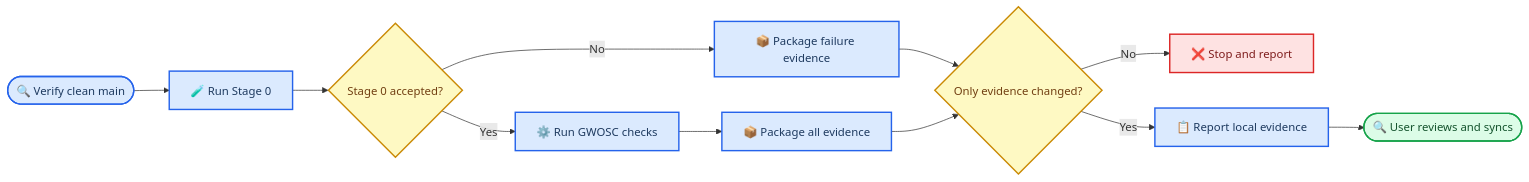
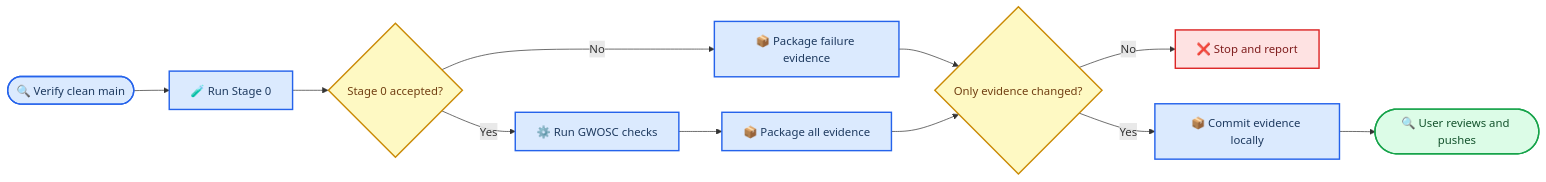
The diagram in docs/REMOTE_GWOSC_AGENT_RUNBOOK.md (dowlingwong/noise-weighted-subspace-reconstruction), drawn with Mermaid before and after one commit. The commit also changed other lines of this file and 182 other files, not shown here.

````diff
--- a/docs/REMOTE_GWOSC_AGENT_RUNBOOK.md
+++ b/docs/REMOTE_GWOSC_AGENT_RUNBOOK.md
@@ -13,26 +13,26 @@
 ```mermaid
 flowchart LR
     accTitle: Remote GWOSC Evidence Loop
     accDescr: Controlled flow from a clean main checkout through Stage 0, GWOSC execution, evidence packaging, and local verification
 
     clean_main([🔍 Verify clean main]) --> stage_zero[🧪 Run Stage 0]
     stage_zero --> stage_passed{Stage 0 accepted?}
     stage_passed -->|No| package_failure[📦 Package failure evidence]
     stage_passed -->|Yes| run_gwosc[⚙️ Run GWOSC checks]
     run_gwosc --> package_result[📦 Package all evidence]
     package_failure --> scope_check{Only evidence changed?}
     package_result --> scope_check
     scope_check -->|No| stop[❌ Stop and report]
-    scope_check -->|Yes| local_handoff[📋 Report local evidence]
-    local_handoff --> manual_review([🔍 User reviews and syncs])
+    scope_check -->|Yes| local_commit[📦 Commit evidence locally]
+    local_commit --> manual_review([🔍 User reviews and pushes])
 
     classDef action fill:#dbeafe,stroke:#2563eb,stroke-width:2px,color:#1e3a5f
     classDef decision fill:#fef9c3,stroke:#ca8a04,stroke-width:2px,color:#713f12
     classDef success fill:#dcfce7,stroke:#16a34a,stroke-width:2px,color:#14532d
     classDef danger fill:#fee2e2,stroke:#dc2626,stroke-width:2px,color:#7f1d1d
 
-    class clean_main,stage_zero,run_gwosc,package_failure,package_result,local_handoff action
+    class clean_main,stage_zero,run_gwosc,package_failure,package_result,local_commit action
     class stage_passed,scope_check decision
     class manual_review success
     class stop danger
 ```
````
